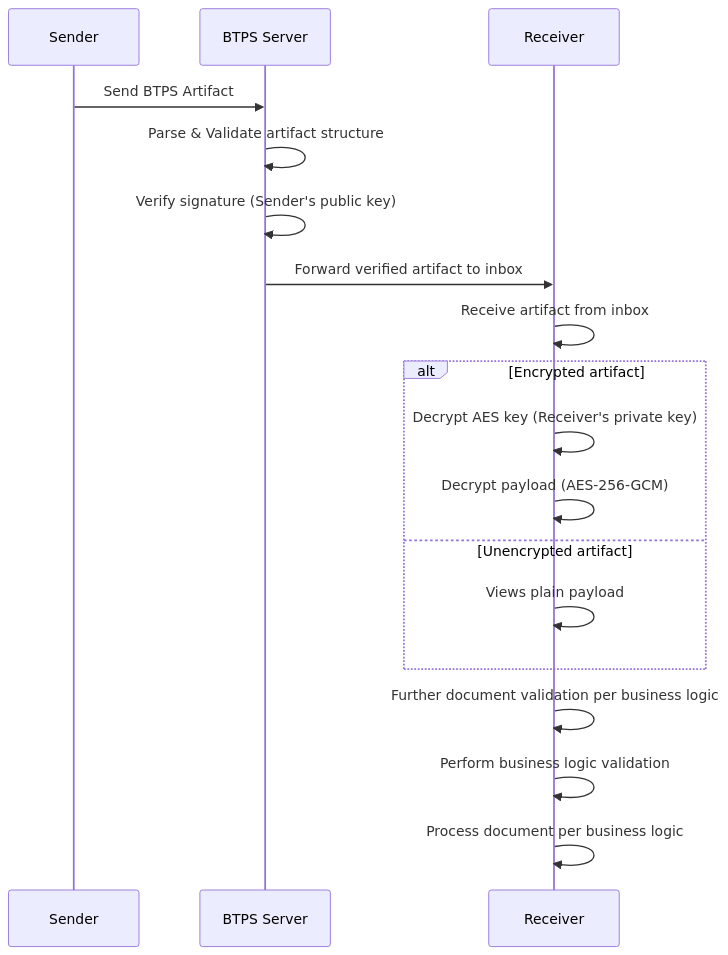
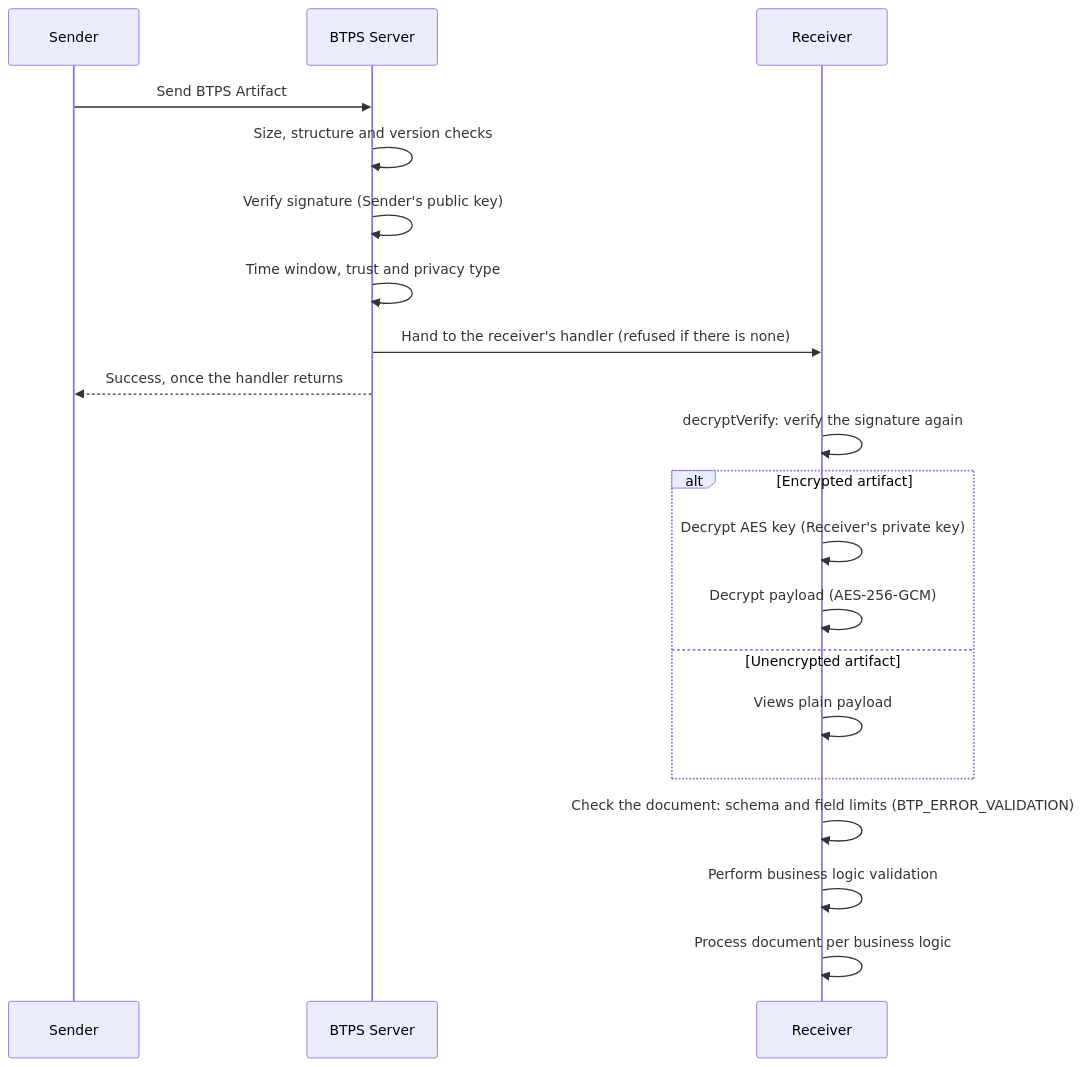
One commit to openbtps/btps-node changed the diagram in docs/docusaurus/docs/protocol/security/decryption.md. Above: the diagram before and after it, drawn with Mermaid. The commit also changed other lines of this file and 26 other files, not shown here.

First line of the commit message:
Docs: bring every diagram in line with 1.1

````diff
--- a/docs/docusaurus/docs/protocol/security/decryption.md
+++ b/docs/docusaurus/docs/protocol/security/decryption.md
@@ -42,22 +42,24 @@
 ```mermaid
 sequenceDiagram
     participant Sender
     participant BTPS Server
     participant Receiver
 
     Sender->>BTPS Server: Send BTPS Artifact
-    BTPS Server->>BTPS Server: Parse & Validate artifact structure
+    BTPS Server->>BTPS Server: Size, structure and version checks
     BTPS Server->>BTPS Server: Verify signature (Sender's public key)
-    BTPS Server->>Receiver: Forward verified artifact to inbox
+    BTPS Server->>BTPS Server: Time window, trust and privacy type
+    BTPS Server->>Receiver: Hand to the receiver's handler (refused if there is none)
+    BTPS Server-->>Sender: Success, once the handler returns
 
-    Receiver->>Receiver: Receive artifact from inbox
+    Receiver->>Receiver: decryptVerify: verify the signature again
     alt Encrypted artifact
         Receiver->>Receiver: Decrypt AES key (Receiver's private key)
         Receiver->>Receiver: Decrypt payload (AES-256-GCM)
     else Unencrypted artifact
         Receiver->>Receiver: Views plain payload
     end
-    Receiver->>Receiver: Further document validation per business logic
+    Receiver->>Receiver: Check the document: schema and field limits (BTP_ERROR_VALIDATION)
     Receiver->>Receiver: Perform business logic validation
     Receiver->>Receiver: Process document per business logic
 ```
````
